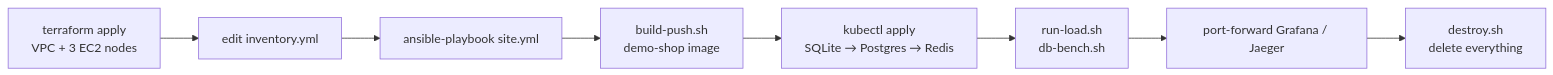
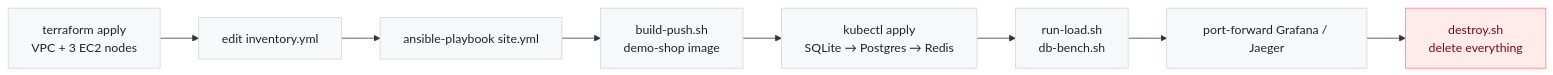
Before and after one commit to Ansh-dhanani/Distributed-system-load-analysis: the eighth of 8 diagrams in README.md, drawn with Mermaid. The commit also changed other lines of this file, not shown here.

First line of the commit message:
docs: unify mermaid styling with a clean, theme-safe palette

````diff
--- a/README.md
+++ b/README.md
@@ -250,10 +279,14 @@
 ```mermaid
 flowchart LR
     TF["terraform apply<br/>VPC + 3 EC2 nodes"] --> INV["edit inventory.yml"]
     INV --> ANS["ansible-playbook site.yml"]
     ANS --> IMG["build-push.sh<br/>demo-shop image"]
     IMG --> DEP["kubectl apply<br/>SQLite → Postgres → Redis"]
     DEP --> LOAD["run-load.sh<br/>db-bench.sh"]
     LOAD --> OBS["port-forward Grafana / Jaeger"]
     OBS --> DEST["destroy.sh<br/>delete everything"]
+
+    classDef default fill:#f6f8fa,stroke:#d0d7de,color:#1f2328;
+    classDef bad fill:#ffebe9,stroke:#ff8182,color:#82071e;
+    class DEST bad;
 ```
````
